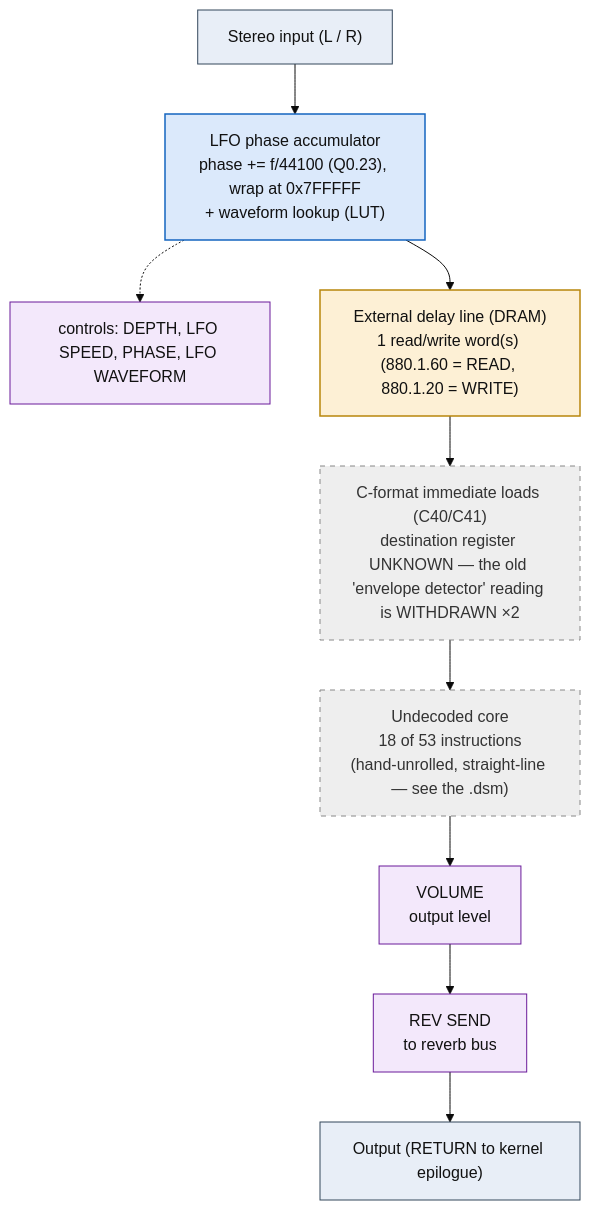
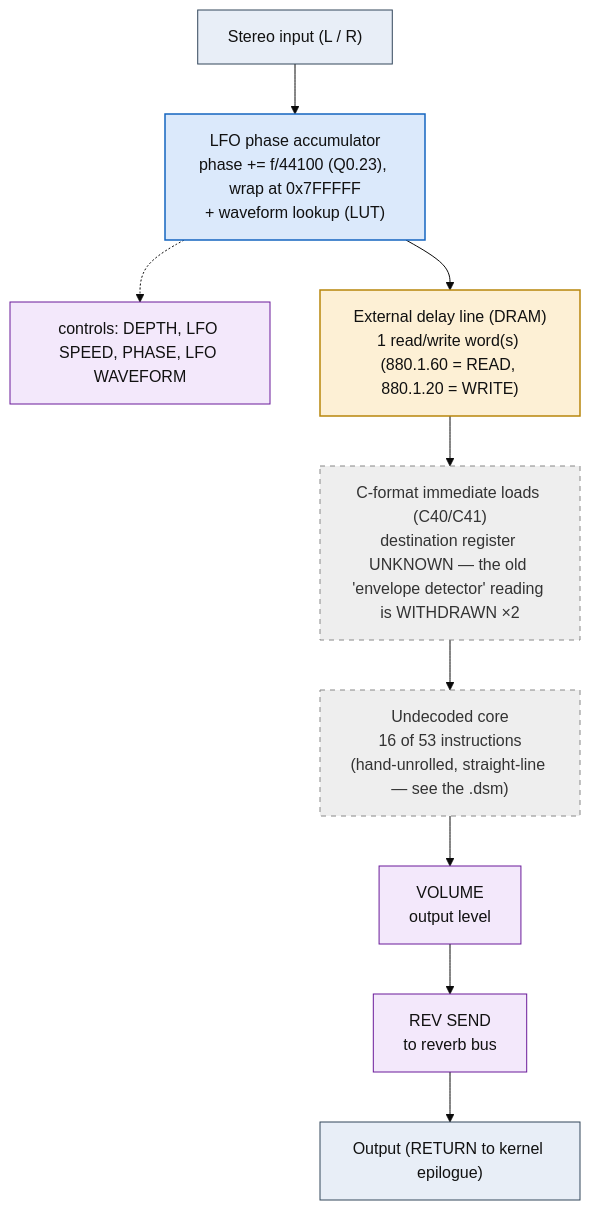
One commit to ArqueologiaDigital/kn5000-roms-disasm changed the diagram in dsp/flowcharts/prog50_vibrato.md. Above: the diagram before and after it, drawn with Mermaid (base theme). The commit also changed other lines of this file and 78 other files, not shown here.

````diff
--- a/dsp/flowcharts/prog50_vibrato.md
+++ b/dsp/flowcharts/prog50_vibrato.md
@@ -12,32 +12,32 @@
 ```mermaid
 flowchart TD
     N0["Stereo input (L / R)"]
     N1["LFO phase accumulator<br/>phase += f/44100 (Q0.23), wrap at 0x7FFFFF<br/>+ waveform lookup (LUT)"]
     N0 --> N1
     N2["controls: DEPTH, LFO SPEED, PHASE, LFO WAVEFORM"]
     N1 -.-> N2
     N3["External delay line (DRAM)<br/>1 read/write word(s) (880.1.60 = READ, 880.1.20 = WRITE)"]
     N1 --> N3
     N4["C-format immediate loads (C40/C41)<br/>destination register UNKNOWN &mdash; the old 'envelope detector' reading is WITHDRAWN &times;2"]
     N3 --> N4
-    N5["Undecoded core<br/>18 of 53 instructions<br/>(hand-unrolled, straight-line &mdash; see the .dsm)"]
+    N5["Undecoded core<br/>16 of 53 instructions<br/>(hand-unrolled, straight-line &mdash; see the .dsm)"]
     N4 --> N5
     N6["VOLUME<br/>output level"]
     N5 --> N6
     N7["REV SEND<br/>to reverb bus"]
     N6 --> N7
     N8["Output (RETURN to kernel epilogue)"]
     N7 --> N8
 
     classDef io fill:#e8eef7,stroke:#33475b,stroke-width:1px,color:#111;
     classDef proven fill:#d7f0d7,stroke:#2e7d32,stroke-width:2px,color:#111;
     classDef measured fill:#dbe9fb,stroke:#1565c0,stroke-width:1.5px,color:#111;
     classDef inferred fill:#fdf0d5,stroke:#b8860b,stroke-width:1.5px,color:#111;
     classDef open fill:#eeeeee,stroke:#888,stroke-width:1px,color:#333,stroke-dasharray:5 5;
     classDef ctrl fill:#f3e8fb,stroke:#6a1b9a,stroke-width:1px,color:#111;
     class N0,N8 io;
     class N1 measured;
     class N2,N6,N7 ctrl;
     class N3 inferred;
     class N4,N5 open;
 ```
````
